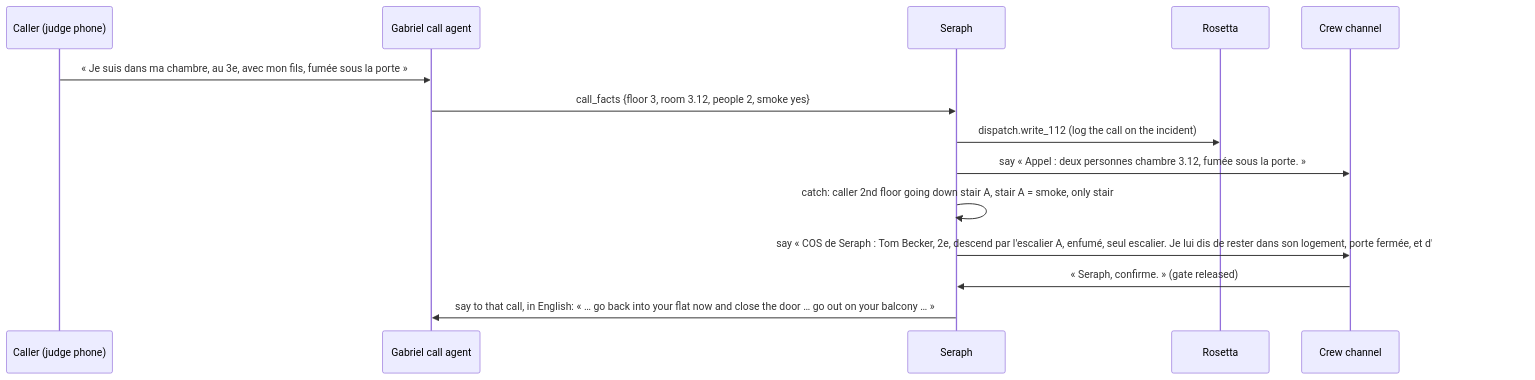
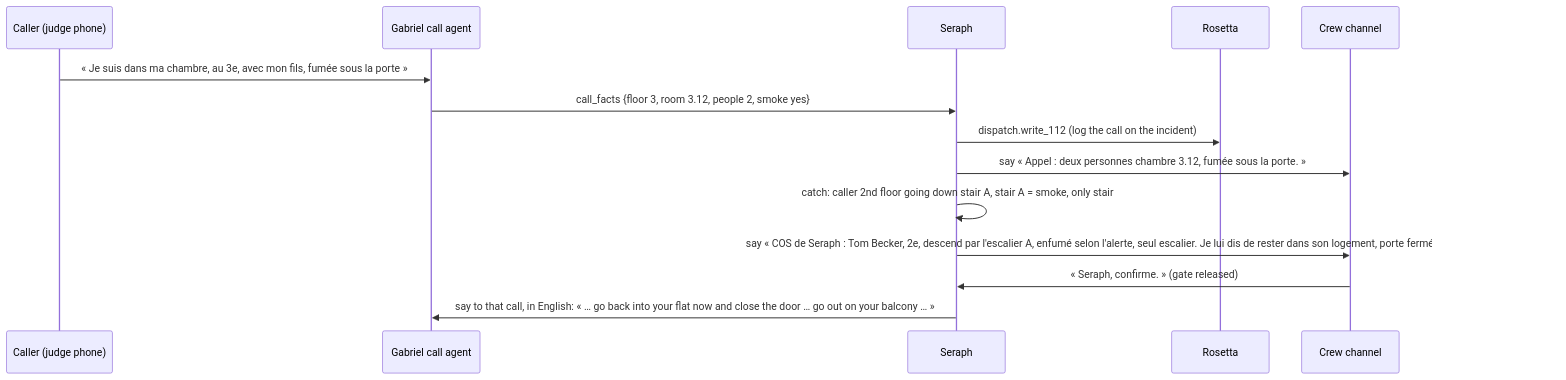
One commit to amilkourd/seraph changed the second of 3 diagrams in docs/01-architecture.md. Above: the diagram before and after it, drawn with Mermaid. The commit also changed 9 other files, not shown here.

````diff
--- a/docs/01-architecture.md
+++ b/docs/01-architecture.md
@@ -98,16 +98,16 @@
 ```mermaid
 sequenceDiagram
   participant C as Caller (judge phone)
   participant G as Gabriel call agent
   participant S as Seraph
   participant R as Rosetta
   participant Crew as Crew channel
   C->>G: « Je suis dans ma chambre, au 3e, avec mon fils, fumée sous la porte »
   G->>S: call_facts {floor 3, room 3.12, people 2, smoke yes}
   S->>R: dispatch.write_112 (log the call on the incident)
   S->>Crew: say « Appel : deux personnes chambre 3.12, fumée sous la porte. »
   S->>S: catch: caller 2nd floor going down stair A, stair A = smoke, only stair
-  S->>Crew: say « COS de Seraph : Tom Becker, 2e, descend par l'escalier A, enfumé, seul escalier. Je lui dis de rester dans son logement, porte fermée, et d'aller sur le balcon ? »
+  S->>Crew: say « COS de Seraph : Tom Becker, 2e, descend par l'escalier A, enfumé selon l'alerte, seul escalier. Je lui dis de rester dans son logement, porte fermée, et d'aller sur le balcon ? »
   Crew->>S: « Seraph, confirme. » (gate released)
   S->>G: say to that call, in English: « … go back into your flat now and close the door … go out on your balcony … »
 ```
````
